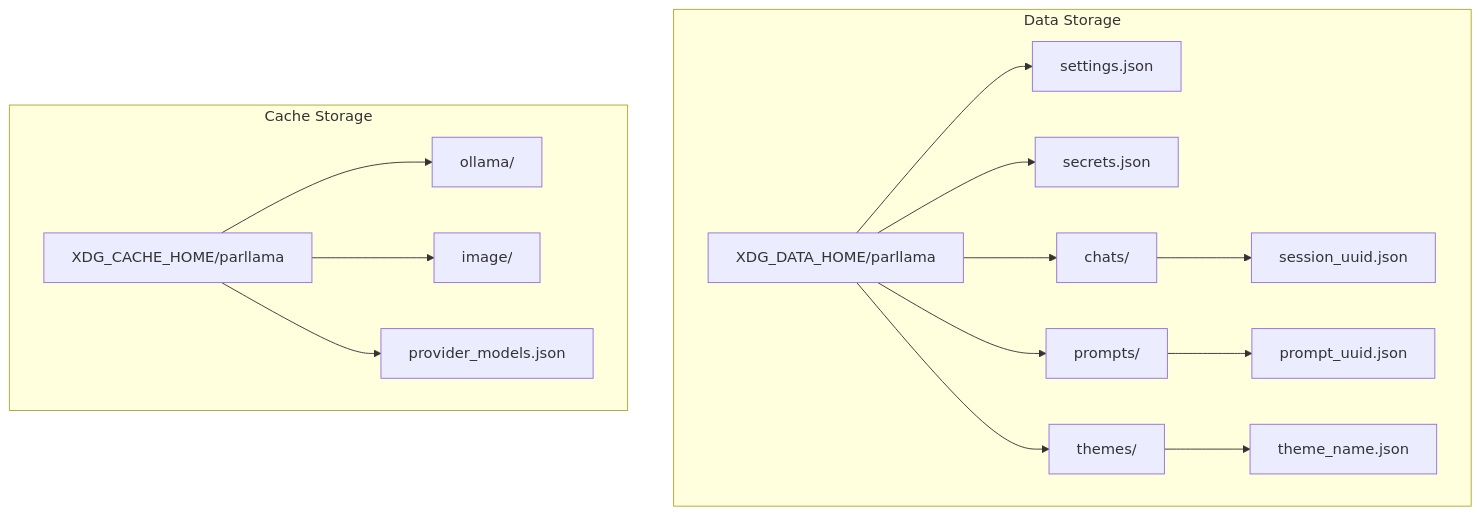
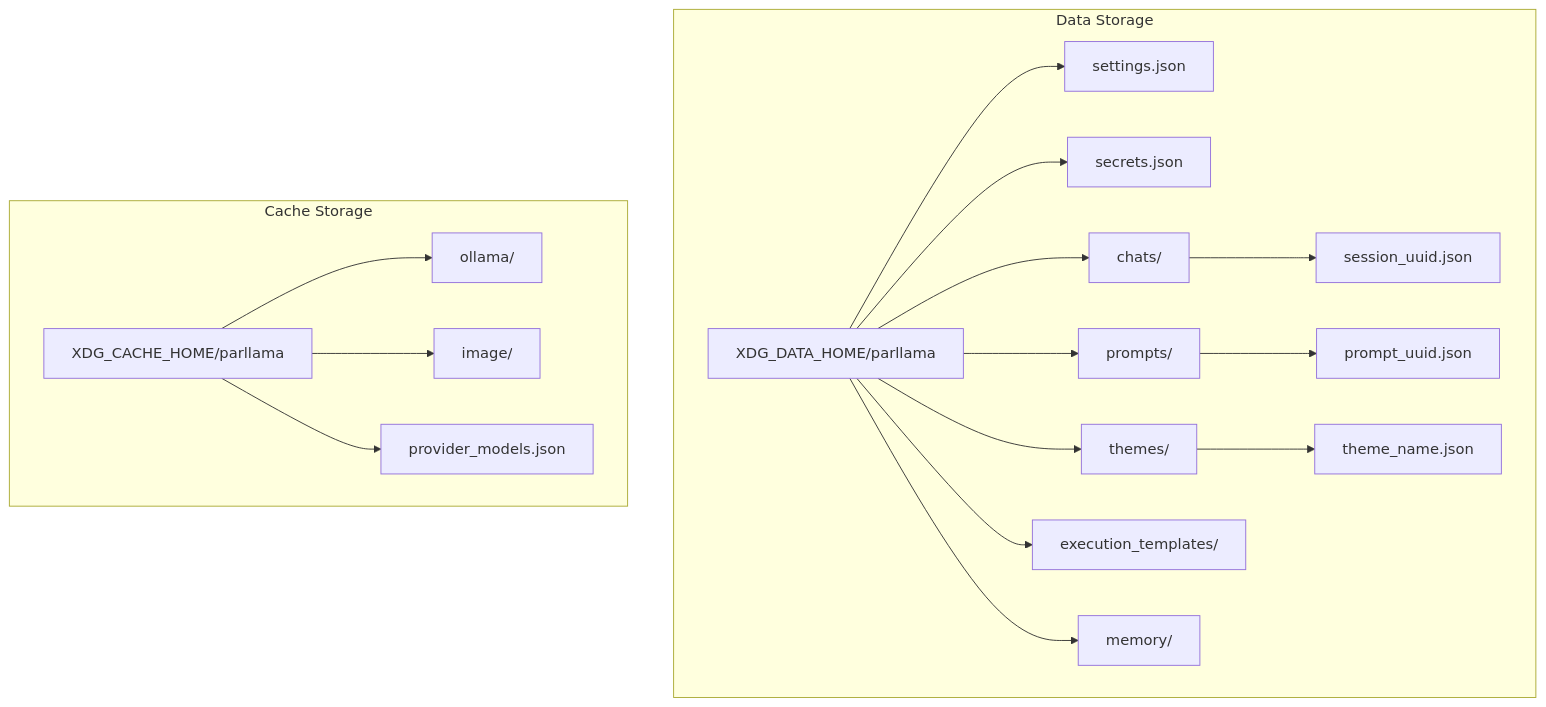
The sixth of 14 diagrams in project_design.md (paulrobello/parllama), drawn with Mermaid before and after one commit. The commit also changed other lines of this file, not shown here.

````diff
--- a/project_design.md
+++ b/project_design.md
@@ -186,22 +199,24 @@
 ```mermaid
 graph TD
     subgraph "Data Storage"
         A[XDG_DATA_HOME/parllama]
         A --> B[settings.json]
         A --> C[secrets.json]
         A --> D[chats/]
         A --> E[prompts/]
         A --> F[themes/]
+        A --> G[execution_templates/]
+        A --> H[memory/]
 
-        D --> G[session_uuid.json]
-        E --> H[prompt_uuid.json]
-        F --> I[theme_name.json]
+        D --> I[session_uuid.json]
+        E --> J[prompt_uuid.json]
+        F --> K[theme_name.json]
     end
 
     subgraph "Cache Storage"
-        J[XDG_CACHE_HOME/parllama]
-        J --> K[ollama/]
-        J --> L[image/]
-        J --> M[provider_models.json]
+        L[XDG_CACHE_HOME/parllama]
+        L --> M[ollama/]
+        L --> N[image/]
+        L --> O[provider_models.json]
     end
 ```
````
